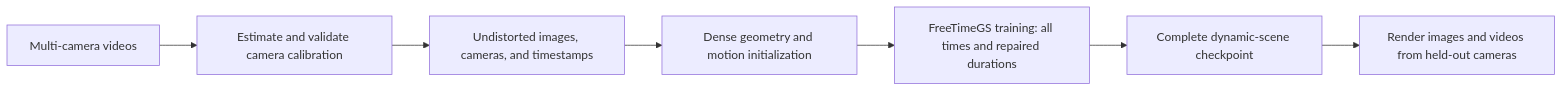
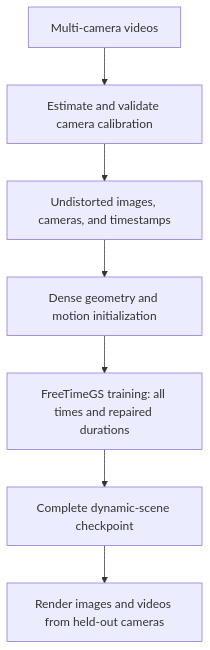
One commit to samaust/Experiments_4DGS changed the diagram in README.md. Above: the diagram before and after it, drawn with Mermaid.

Commit message:
Display the README workflow from top to bottom
Change the Mermaid flowchart direction from LR to TB so the workflow is easier to read without zooming. Verify the single-line documentation diff and whitespace checks.

````diff
--- a/README.md
+++ b/README.md
@@ -9,9 +9,9 @@
 ```mermaid
-flowchart LR
+flowchart TB
     A[Multi-camera videos] --> B[Estimate and validate camera calibration]
     B --> C[Undistorted images, cameras, and timestamps]
     C --> D[Dense geometry and motion initialization]
     D --> E[FreeTimeGS training: all times and repaired durations]
     E --> F[Complete dynamic-scene checkpoint]
     F --> G[Render images and videos from held-out cameras]
 ```
````
